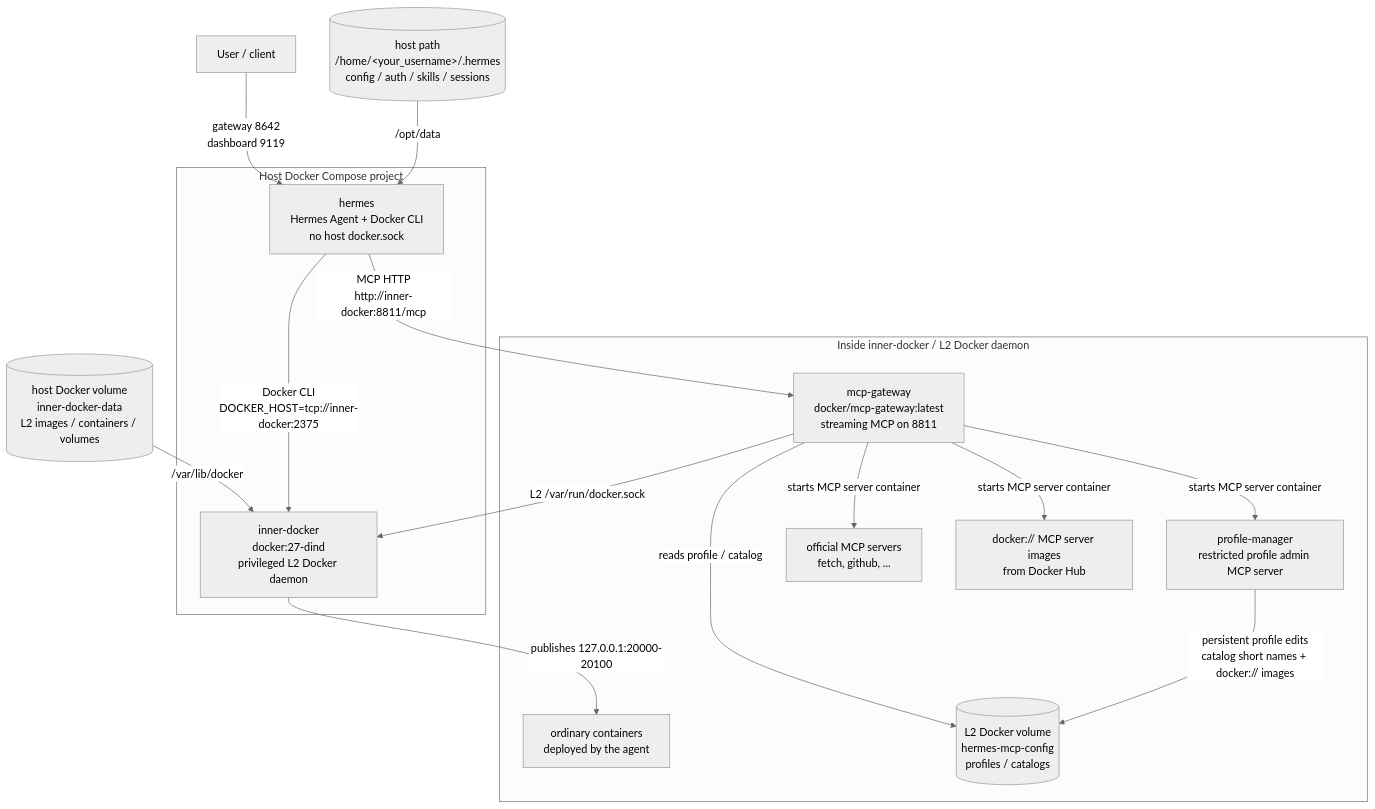
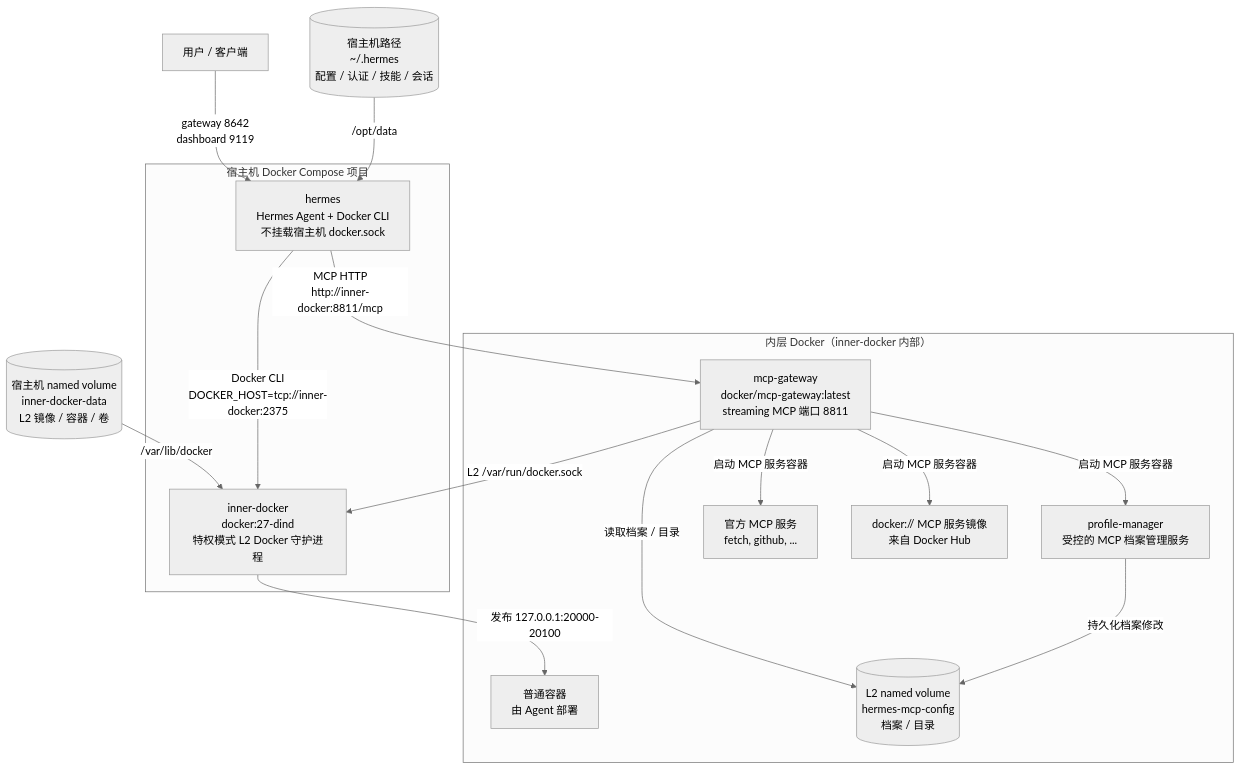
The diagram in README.md (sekai-dev-team/hermes-docker-deployment), drawn with Mermaid (neutral theme) before and after one commit. The commit also changed other lines of this file, not shown here.

Commit message:
docs: add Chinese README with mount tables and CLI usage guide

````diff
--- a/README.md
+++ b/README.md
@@ -41,33 +59,33 @@
 ```mermaid
 flowchart TB
-    User["User / client"] -->|gateway 8642<br/>dashboard 9119| Hermes
+    User["用户 / 客户端"] -->|gateway 8642<br/>dashboard 9119| Hermes
 
-    subgraph Compose["Host Docker Compose project"]
-        Hermes["hermes<br/>Hermes Agent + Docker CLI<br/>no host docker.sock"]
-        InnerDocker["inner-docker<br/>docker:27-dind<br/>privileged L2 Docker daemon"]
+    subgraph Compose["宿主机 Docker Compose 项目"]
+        Hermes["hermes<br/>Hermes Agent + Docker CLI<br/>不挂载宿主机 docker.sock"]
+        InnerDocker["inner-docker<br/>docker:27-dind<br/>特权模式 L2 Docker 守护进程"]
     end
 
-    HermesData[("host path<br/>/home/&lt;your_username&gt;/.hermes<br/>config / auth / skills / sessions")] -->|/opt/data| Hermes
-    InnerDockerData[("host Docker volume<br/>inner-docker-data<br/>L2 images / containers / volumes")] -->|/var/lib/docker| InnerDocker
+    HermesData[("宿主机路径<br/>~/.hermes<br/>配置 / 认证 / 技能 / 会话")] -->|/opt/data| Hermes
+    InnerDockerData[("宿主机 named volume<br/>inner-docker-data<br/>L2 镜像 / 容器 / 卷")] -->|/var/lib/docker| InnerDocker
 
-    subgraph L2["Inside inner-docker / L2 Docker daemon"]
-        Gateway["mcp-gateway<br/>docker/mcp-gateway:latest<br/>streaming MCP on 8811"]
-        ProfileManager["profile-manager<br/>restricted profile admin MCP server"]
-        McpServers["official MCP servers<br/>fetch, github, ..."]
-        DockerMcpImages["docker:// MCP server images<br/>from Docker Hub"]
-        Workloads["ordinary containers<br/>deployed by the agent"]
-        McpConfig[("L2 Docker volume<br/>hermes-mcp-config<br/>profiles / catalogs")]
+    subgraph L2["内层 Docker（inner-docker 内部）"]
+        Gateway["mcp-gateway<br/>docker/mcp-gateway:latest<br/>streaming MCP 端口 8811"]
+        ProfileManager["profile-manager<br/>受控的 MCP 档案管理服务"]
+        McpServers["官方 MCP 服务<br/>fetch, github, ..."]
+        DockerMcpImages["docker:// MCP 服务镜像<br/>来自 Docker Hub"]
+        Workloads["普通容器<br/>由 Agent 部署"]
+        McpConfig[("L2 named volume<br/>hermes-mcp-config<br/>档案 / 目录")]
     end
 
     Hermes -->|Docker CLI<br/>DOCKER_HOST=tcp://inner-docker:2375| InnerDocker
     Hermes -->|MCP HTTP<br/>http://inner-docker:8811/mcp| Gateway
 
     Gateway -->|L2 /var/run/docker.sock| InnerDocker
-    Gateway -->|reads profile / catalog| McpConfig
-    Gateway -->|starts MCP server container| ProfileManager
-    Gateway -->|starts MCP server container| McpServers
-    Gateway -->|starts MCP server container| DockerMcpImages
-    InnerDocker -->|publishes 127.0.0.1:20000-20100| Workloads
+    Gateway -->|读取档案 / 目录| McpConfig
+    Gateway -->|启动 MCP 服务容器| ProfileManager
+    Gateway -->|启动 MCP 服务容器| McpServers
+    Gateway -->|启动 MCP 服务容器| DockerMcpImages
+    InnerDocker -->|发布 127.0.0.1:20000-20100| Workloads
 
-    ProfileManager -->|persistent profile edits<br/>catalog short names + docker:// images| McpConfig
+    ProfileManager -->|持久化档案修改| McpConfig
 ```
````
